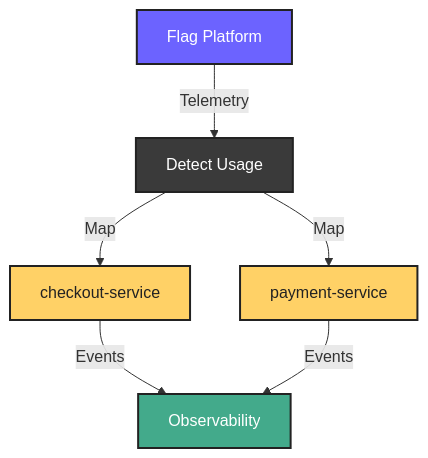
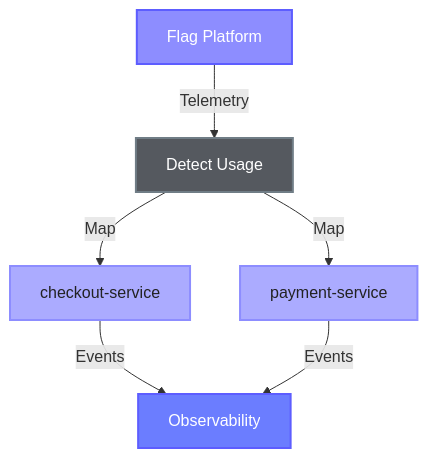
One commit to beeme1mr/kubecon-us-25-flag-observablity changed the first of 4 diagrams in slides.md. Above: the diagram before and after it, drawn with Mermaid. The commit also changed other lines of this file and 11 other files, not shown here.

````diff
--- a/slides.md
+++ b/slides.md
@@ -823,13 +817,13 @@
 ```mermaid {scale: 0.65}
 graph TD
   A[Flag Platform] -->|Telemetry| B[Detect Usage]
   B -->|Map| C[checkout-service]
   B -->|Map| D[payment-service]
   C -->|Events| E[Observability]
   D -->|Events| E
-  style A fill:#6C63FF,color:#fff,stroke:#222,stroke-width:2px
-  style B fill:#3A3A3A,color:#fff,stroke:#222,stroke-width:2px
-  style C fill:#FFD166,color:#222,stroke:#222,stroke-width:2px
-  style D fill:#FFD166,color:#222,stroke:#222,stroke-width:2px
-  style E fill:#43AA8B,color:#fff,stroke:#222,stroke-width:2px
+  style A fill:#8D8DFF,color:#fff,stroke:#5D5DFF,stroke-width:2px
+  style B fill:#55595F,color:#fff,stroke:#707D86,stroke-width:2px
+  style C fill:#ABABFF,color:#222,stroke:#8D8DFF,stroke-width:2px
+  style D fill:#ABABFF,color:#222,stroke:#8D8DFF,stroke-width:2px
+  style E fill:#6B7DFF,color:#fff,stroke:#5D5DFF,stroke-width:2px
 ```
````
